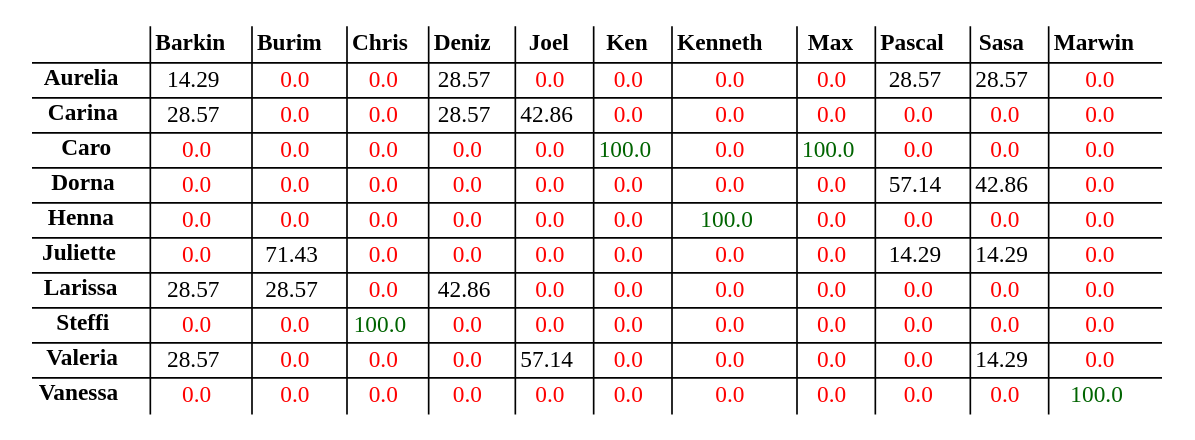
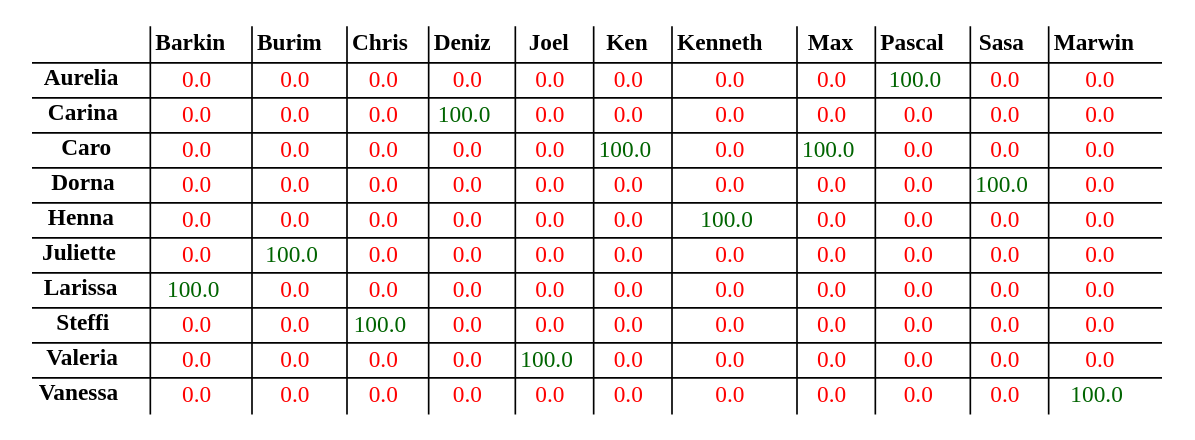
The diagram in s04/s04_tab.dot (atticus-sullivan/sim-ayto), drawn with Graphviz before and after one commit. The commit also changed 6 other files, not shown here.

```diff
--- a/s04/s04_tab.dot
+++ b/s04/s04_tab.dot
@@ -1,148 +1,148 @@
 digraph structs { node[shape=plaintext] struct[label=<
 <table cellspacing="2" border="0" rows="*" columns="*">
 <tr>
 <td></td>
 <td><B>Barkin</B></td>
 <td><B>Burim</B></td>
 <td><B>Chris</B></td>
 <td><B>Deniz</B></td>
 <td><B>Joel</B></td>
 <td><B>Ken</B></td>
 <td><B>Kenneth</B></td>
 <td><B>Max</B></td>
 <td><B>Pascal</B></td>
 <td><B>Sasa</B></td>
 <td><B>Marwin</B></td>
 </tr>
 <tr><td><B>Aurelia</B></td>
-<td><font color="black">14.29</font></td>
-<td><font color="red">0.0</font></td>
-<td><font color="red">0.0</font></td>
-<td><font color="black">28.57</font></td>
 <td><font color="red">0.0</font></td>
 <td><font color="red">0.0</font></td>
 <td><font color="red">0.0</font></td>
 <td><font color="red">0.0</font></td>
-<td><font color="black">28.57</font></td>
-<td><font color="black">28.57</font></td>
+<td><font color="red">0.0</font></td>
+<td><font color="red">0.0</font></td>
+<td><font color="red">0.0</font></td>
+<td><font color="red">0.0</font></td>
+<td><font color="darkgreen">100.0</font></td>
+<td><font color="red">0.0</font></td>
 <td><font color="red">0.0</font></td>
 </tr>
 <tr><td><B>Carina</B></td>
-<td><font color="black">28.57</font></td>
 <td><font color="red">0.0</font></td>
 <td><font color="red">0.0</font></td>
-<td><font color="black">28.57</font></td>
-<td><font color="black">42.86</font></td>
+<td><font color="red">0.0</font></td>
+<td><font color="darkgreen">100.0</font></td>
+<td><font color="red">0.0</font></td>
 <td><font color="red">0.0</font></td>
 <td><font color="red">0.0</font></td>
 <td><font color="red">0.0</font></td>
 <td><font color="red">0.0</font></td>
 <td><font color="red">0.0</font></td>
 <td><font color="red">0.0</font></td>
 </tr>
 <tr><td><B>Caro</B></td>
 <td><font color="red">0.0</font></td>
 <td><font color="red">0.0</font></td>
 <td><font color="red">0.0</font></td>
 <td><font color="red">0.0</font></td>
 <td><font color="red">0.0</font></td>
 <td><font color="darkgreen">100.0</font></td>
 <td><font color="red">0.0</font></td>
 <td><font color="darkgreen">100.0</font></td>
 <td><font color="red">0.0</font></td>
 <td><font color="red">0.0</font></td>
 <td><font color="red">0.0</font></td>
 </tr>
 <tr><td><B>Dorna</B></td>
 <td><font color="red">0.0</font></td>
 <td><font color="red">0.0</font></td>
 <td><font color="red">0.0</font></td>
 <td><font color="red">0.0</font></td>
 <td><font color="red">0.0</font></td>
 <td><font color="red">0.0</font></td>
 <td><font color="red">0.0</font></td>
 <td><font color="red">0.0</font></td>
-<td><font color="black">57.14</font></td>
-<td><font color="black">42.86</font></td>
+<td><font color="red">0.0</font></td>
+<td><font color="darkgreen">100.0</font></td>
 <td><font color="red">0.0</font></td>
 </tr>
 <tr><td><B>Henna</B></td>
 <td><font color="red">0.0</font></td>
 <td><font color="red">0.0</font></td>
 <td><font color="red">0.0</font></td>
 <td><font color="red">0.0</font></td>
 <td><font color="red">0.0</font></td>
 <td><font color="red">0.0</font></td>
 <td><font color="darkgreen">100.0</font></td>
 <td><font color="red">0.0</font></td>
 <td><font color="red">0.0</font></td>
 <td><font color="red">0.0</font></td>
 <td><font color="red">0.0</font></td>
 </tr>
 <tr><td><B>Juliette</B></td>
 <td><font color="red">0.0</font></td>
-<td><font color="black">71.43</font></td>
+<td><font color="darkgreen">100.0</font></td>
 <td><font color="red">0.0</font></td>
 <td><font color="red">0.0</font></td>
 <td><font color="red">0.0</font></td>
 <td><font color="red">0.0</font></td>
 <td><font color="red">0.0</font></td>
 <td><font color="red">0.0</font></td>
-<td><font color="black">14.29</font></td>
-<td><font color="black">14.29</font></td>
+<td><font color="red">0.0</font></td>
+<td><font color="red">0.0</font></td>
 <td><font color="red">0.0</font></td>
 </tr>
 <tr><td><B>Larissa</B></td>
-<td><font color="black">28.57</font></td>
-<td><font color="black">28.57</font></td>
+<td><font color="darkgreen">100.0</font></td>
 <td><font color="red">0.0</font></td>
-<td><font color="black">42.86</font></td>
+<td><font color="red">0.0</font></td>
+<td><font color="red">0.0</font></td>
 <td><font color="red">0.0</font></td>
 <td><font color="red">0.0</font></td>
 <td><font color="red">0.0</font></td>
 <td><font color="red">0.0</font></td>
 <td><font color="red">0.0</font></td>
 <td><font color="red">0.0</font></td>
 <td><font color="red">0.0</font></td>
 </tr>
 <tr><td><B>Steffi</B></td>
 <td><font color="red">0.0</font></td>
 <td><font color="red">0.0</font></td>
 <td><font color="darkgreen">100.0</font></td>
 <td><font color="red">0.0</font></td>
 <td><font color="red">0.0</font></td>
 <td><font color="red">0.0</font></td>
 <td><font color="red">0.0</font></td>
 <td><font color="red">0.0</font></td>
 <td><font color="red">0.0</font></td>
 <td><font color="red">0.0</font></td>
 <td><font color="red">0.0</font></td>
 </tr>
 <tr><td><B>Valeria</B></td>
-<td><font color="black">28.57</font></td>
-<td><font color="red">0.0</font></td>
-<td><font color="red">0.0</font></td>
-<td><font color="red">0.0</font></td>
-<td><font color="black">57.14</font></td>
 <td><font color="red">0.0</font></td>
 <td><font color="red">0.0</font></td>
 <td><font color="red">0.0</font></td>
 <td><font color="red">0.0</font></td>
-<td><font color="black">14.29</font></td>
+<td><font color="darkgreen">100.0</font></td>
+<td><font color="red">0.0</font></td>
+<td><font color="red">0.0</font></td>
+<td><font color="red">0.0</font></td>
+<td><font color="red">0.0</font></td>
+<td><font color="red">0.0</font></td>
 <td><font color="red">0.0</font></td>
 </tr>
 <tr><td><B>Vanessa</B></td>
 <td><font color="red">0.0</font></td>
 <td><font color="red">0.0</font></td>
 <td><font color="red">0.0</font></td>
 <td><font color="red">0.0</font></td>
 <td><font color="red">0.0</font></td>
 <td><font color="red">0.0</font></td>
 <td><font color="red">0.0</font></td>
 <td><font color="red">0.0</font></td>
 <td><font color="red">0.0</font></td>
 <td><font color="red">0.0</font></td>
 <td><font color="darkgreen">100.0</font></td>
 </tr>
 </table>
 >];}
```
